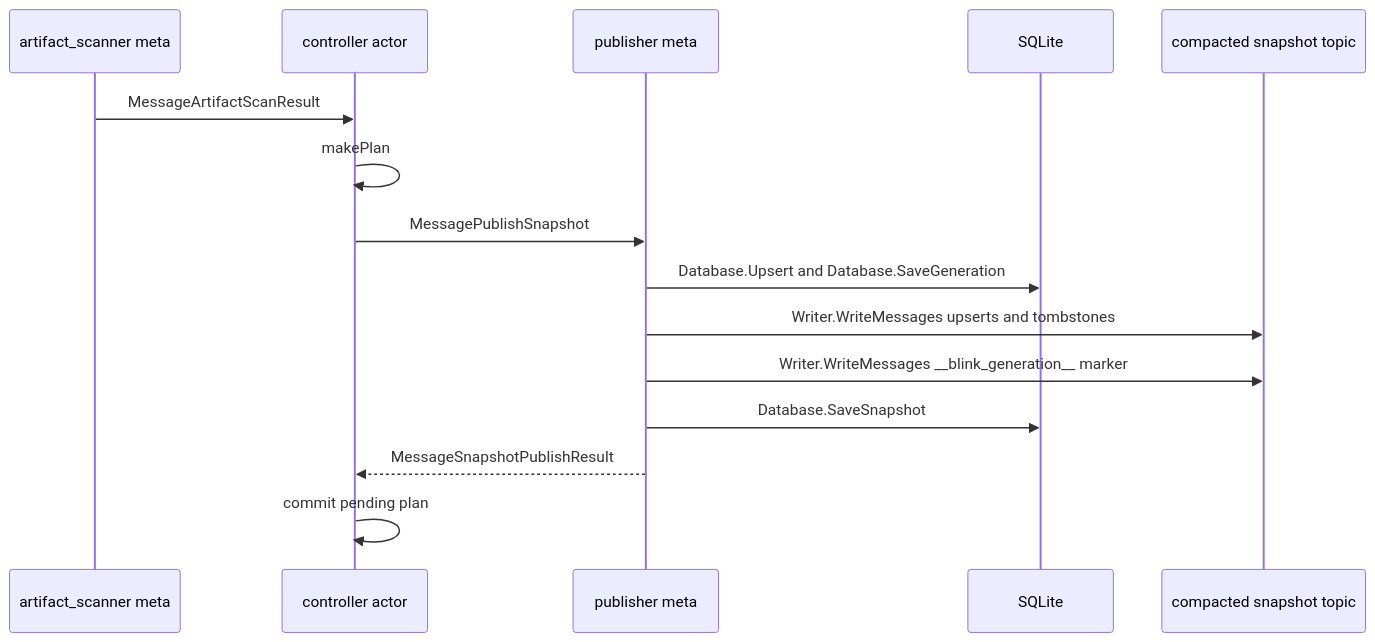
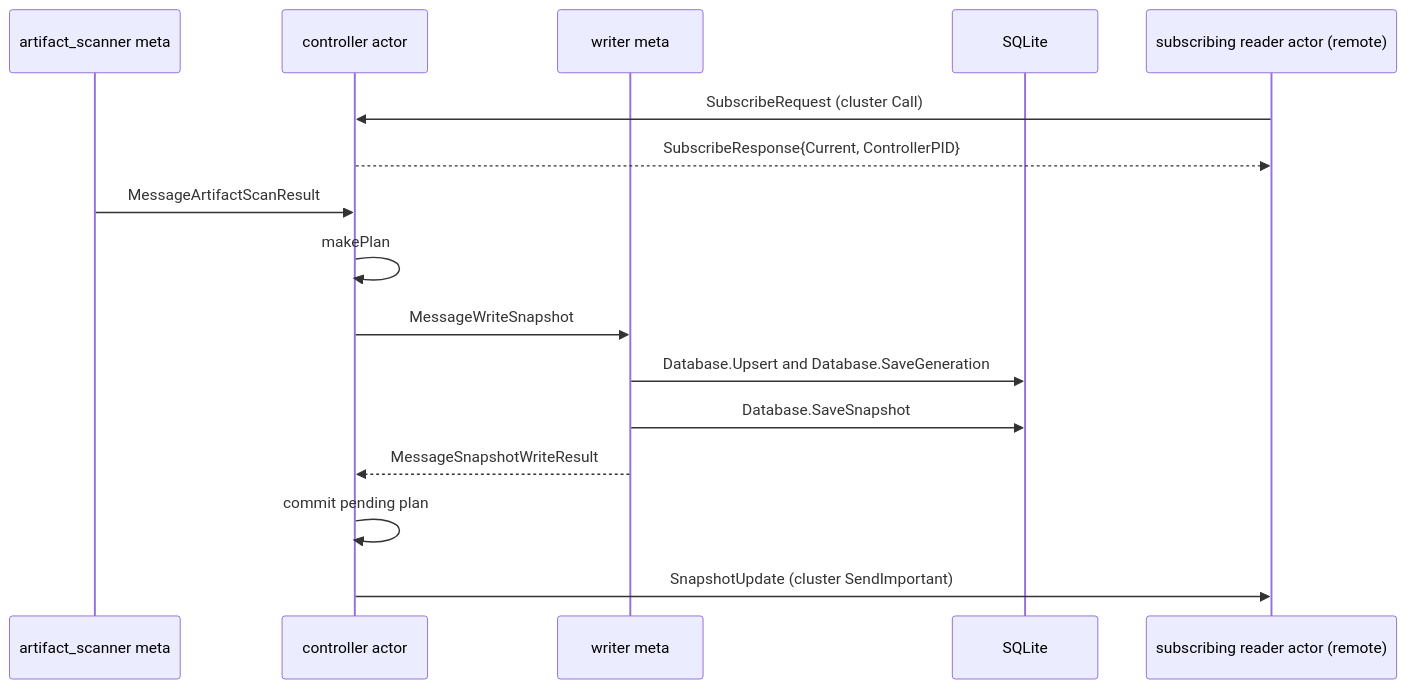
The first of 2 diagrams in docs/internals/message-flow.md (HarishHary/blink), drawn with Mermaid before and after one commit. The commit also changed other lines of this file and 6 other files, not shown here.

````diff
--- a/docs/internals/message-flow.md
+++ b/docs/internals/message-flow.md
@@ -9,18 +9,19 @@
 ```mermaid
 sequenceDiagram
     participant ArtifactScanner as artifact_scanner meta
     participant Controller as controller actor
-    participant Publisher as publisher meta
+    participant Writer as writer meta
     participant Store as SQLite
-    participant Kafka as compacted snapshot topic
+    participant Executor as subscribing reader actor (remote)
 
+    Executor->>Controller: SubscribeRequest (cluster Call)
+    Controller-->>Executor: SubscribeResponse{Current, ControllerPID}
     ArtifactScanner->>Controller: MessageArtifactScanResult
     Controller->>Controller: makePlan
-    Controller->>Publisher: MessagePublishSnapshot
-    Publisher->>Store: Database.Upsert and Database.SaveGeneration
-    Publisher->>Kafka: Writer.WriteMessages upserts and tombstones
-    Publisher->>Kafka: Writer.WriteMessages __blink_generation__ marker
-    Publisher->>Store: Database.SaveSnapshot
-    Publisher-->>Controller: MessageSnapshotPublishResult
+    Controller->>Writer: MessageWriteSnapshot
+    Writer->>Store: Database.Upsert and Database.SaveGeneration
+    Writer->>Store: Database.SaveSnapshot
+    Writer-->>Controller: MessageSnapshotWriteResult
     Controller->>Controller: commit pending plan
+    Controller->>Executor: SnapshotUpdate (cluster SendImportant)
 ```
````
